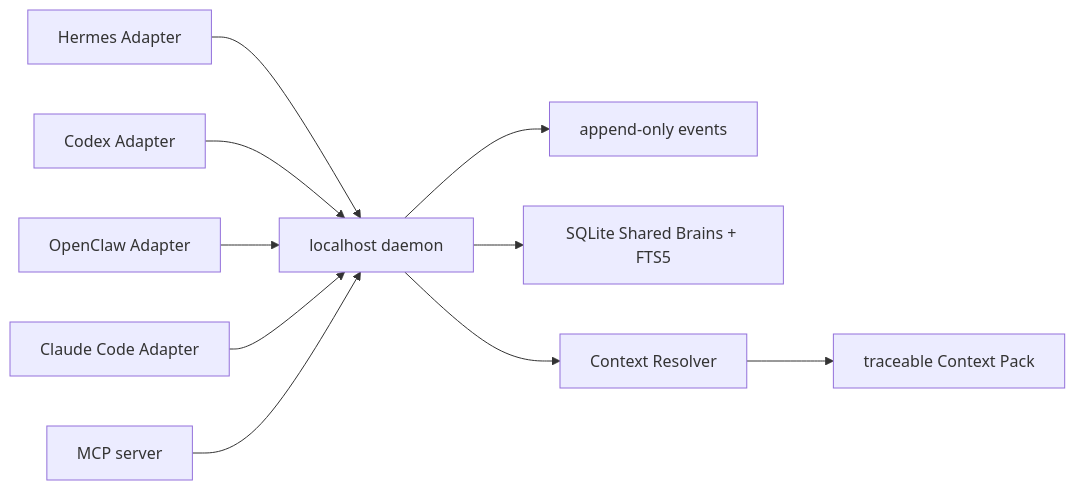
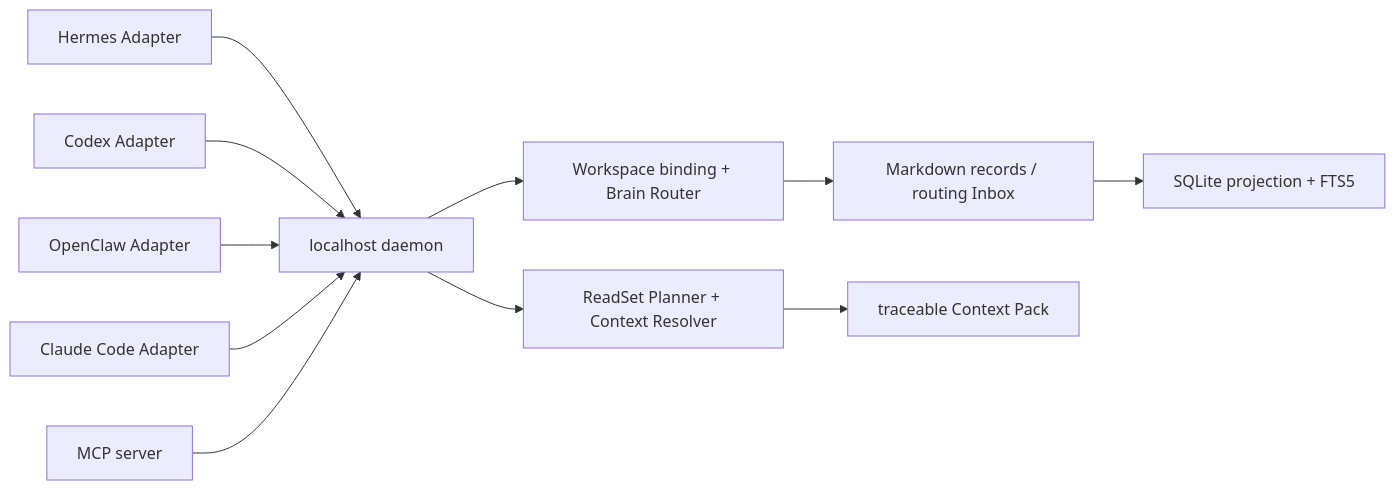
Before and after one commit to hi18aa/memlume: the diagram in docs/architecture/shared-brain.md, drawn with Mermaid. The commit also changed other lines of this file and 5 other files, not shown here.

Commit message:
docs(v0.3): document workspace-owned adapter routing

````diff
--- a/docs/architecture/shared-brain.md
+++ b/docs/architecture/shared-brain.md
@@ -7,12 +7,13 @@
 ```mermaid
 flowchart LR
   H[Hermes Adapter] --> D[localhost daemon]
   C[Codex Adapter] --> D
   O[OpenClaw Adapter] --> D
   A[Claude Code Adapter] --> D
   M[MCP server] --> D
-  D --> J[append-only events]
-  D --> B[SQLite Shared Brains + FTS5]
-  D --> R[Context Resolver]
-  R --> P[traceable Context Pack]
+  D --> G[Workspace binding + Brain Router]
+  G --> W[Markdown records / routing Inbox]
+  W --> P[SQLite projection + FTS5]
+  D --> R[ReadSet Planner + Context Resolver]
+  R --> K[traceable Context Pack]
 ```
````
